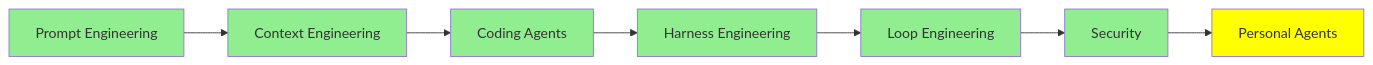
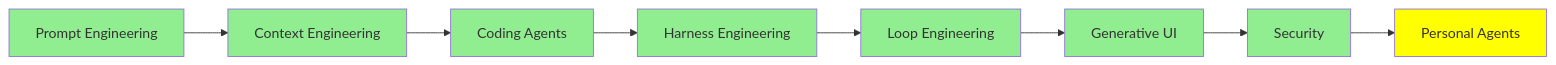
One commit to lokumai/ai-engineering-bazaar changed the second of 2 diagrams in mini-courses/2_intermediate/personal_agents.md. Above: the diagram before and after it, drawn with Mermaid. The commit also changed 99 other files, not shown here.

````diff
--- a/mini-courses/2_intermediate/personal_agents.md
+++ b/mini-courses/2_intermediate/personal_agents.md
@@ -117,16 +117,18 @@
 ```mermaid
 graph LR
     A[Prompt Engineering] --> B[Context Engineering]
     B --> C[Coding Agents]
     C --> D[Harness Engineering]
     D --> E[Loop Engineering]
-    E --> F[Security]
-    F --> G[Personal Agents]
+    E --> F[Generative UI]
+    F --> G[Security]
+    G --> H[Personal Agents]
     style A fill:#90EE90
     style B fill:#90EE90
     style C fill:#90EE90
     style D fill:#90EE90
     style E fill:#90EE90
     style F fill:#90EE90
-    style G fill:#FFFF00
+    style G fill:#90EE90
+    style H fill:#FFFF00
 ```
````
